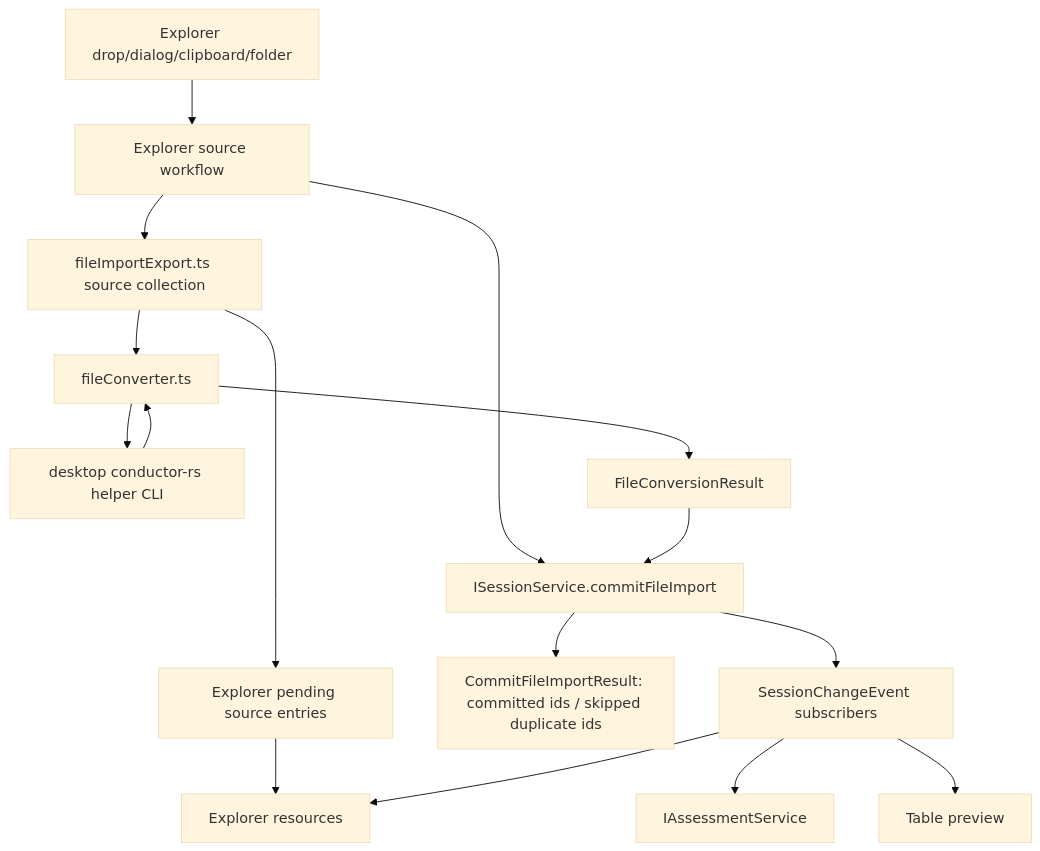
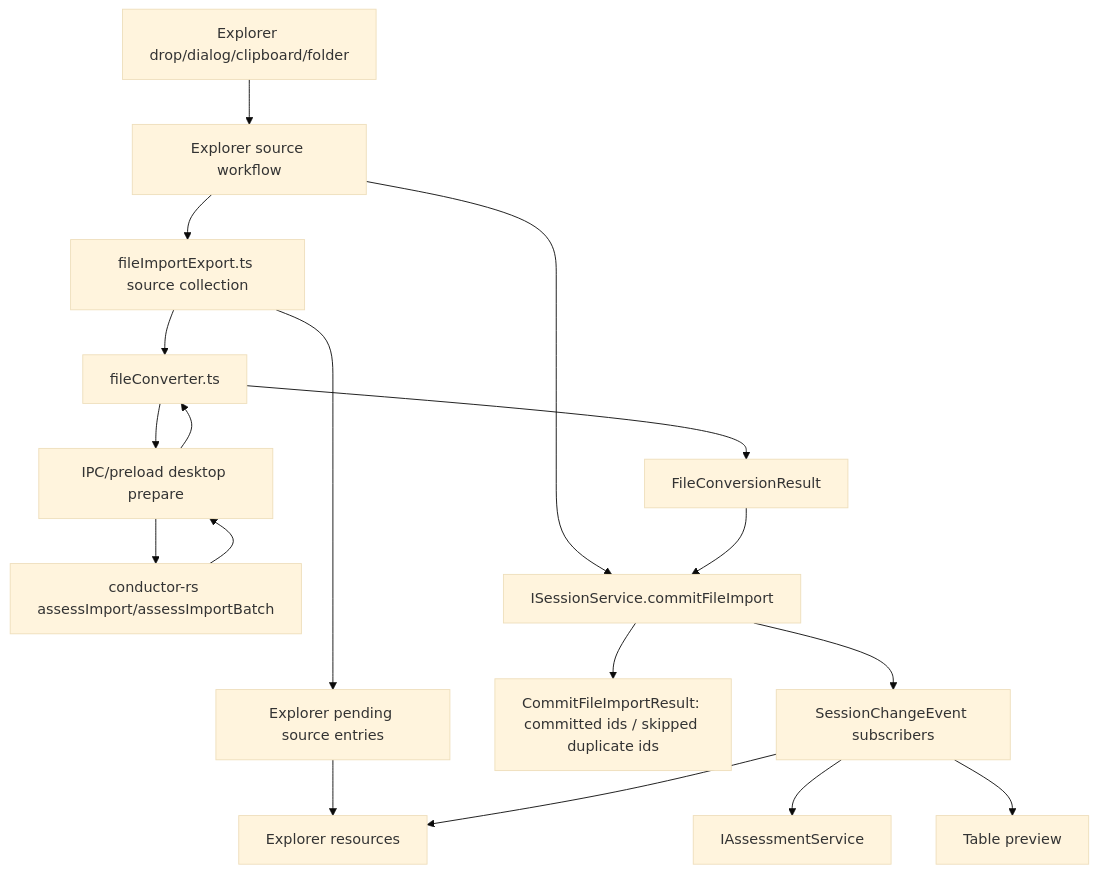
The first of 2 diagrams in .github/instructions/files.instructions.md (chogng/conductor), drawn with Mermaid (base theme) before and after one commit. The commit also changed other lines of this file and 29 other files, not shown here.

````diff
--- a/.github/instructions/files.instructions.md
+++ b/.github/instructions/files.instructions.md
@@ -234,18 +239,20 @@
 ```mermaid
 flowchart TD
     User[Explorer drop/dialog/clipboard/folder] --> Workflow[Explorer source workflow]
     Workflow --> Source[fileImportExport.ts source collection]
     Source --> Pending[Explorer pending source entries]
     Pending --> Explorer
     Source --> Converter[fileConverter.ts]
-    Converter --> DesktopRust[desktop conductor-rs helper CLI]
-    DesktopRust --> Converter
+    Converter --> DesktopMain[IPC/preload desktop prepare]
+    DesktopMain --> DesktopRust[conductor-rs assessImport/assessImportBatch]
+    DesktopRust --> DesktopMain
+    DesktopMain --> Converter
     Converter --> Result[FileConversionResult]
     Workflow --> Session[ISessionService.commitFileImport]
     Session --> WorkflowResult[CommitFileImportResult: committed ids / skipped duplicate ids]
     Result --> Session
     Session --> Consumers[SessionChangeEvent subscribers]
     Consumers --> Assessment[IAssessmentService]
     Consumers --> Explorer[Explorer resources]
     Consumers --> Table[Table preview]
 ```
````
